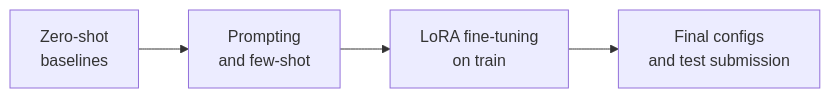
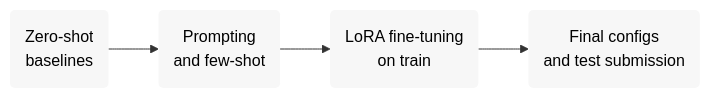
The second of 2 diagrams in README.md (mohinska/mmculture-qa), drawn with Mermaid before and after one commit. The commit also changed other lines of this file and 1 other file, not shown here.

Commit message:
docs: README for official scorer, submission format, Colab and results table

````diff
--- a/README.md
+++ b/README.md
@@ -125,6 +150,7 @@
 ```mermaid
 flowchart LR
-    A["Zero-shot<br/>baselines"] --> B["Prompting<br/>and few-shot"]
-    B --> C["LoRA fine-tuning<br/>on train"]
-    C --> D["Final configs<br/>and test submission"]
+    A("Zero-shot<br/>baselines") --> B("Prompting<br/>and few-shot") --> C("LoRA fine-tuning<br/>on train") --> D("Final configs<br/>and test submission")
+
+    classDef step fill:#F7F7F7,color:#000,stroke-width:0
+    class A,B,C,D step
 ```
````
